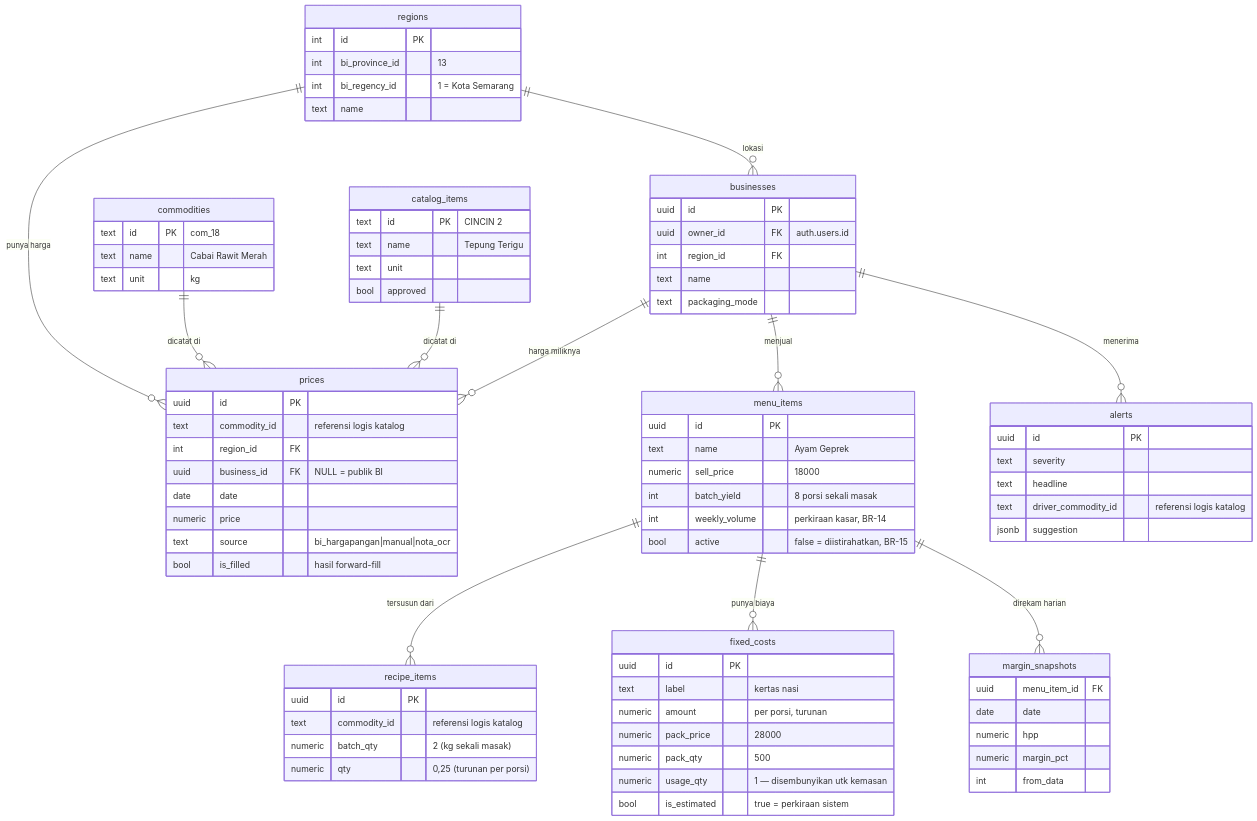
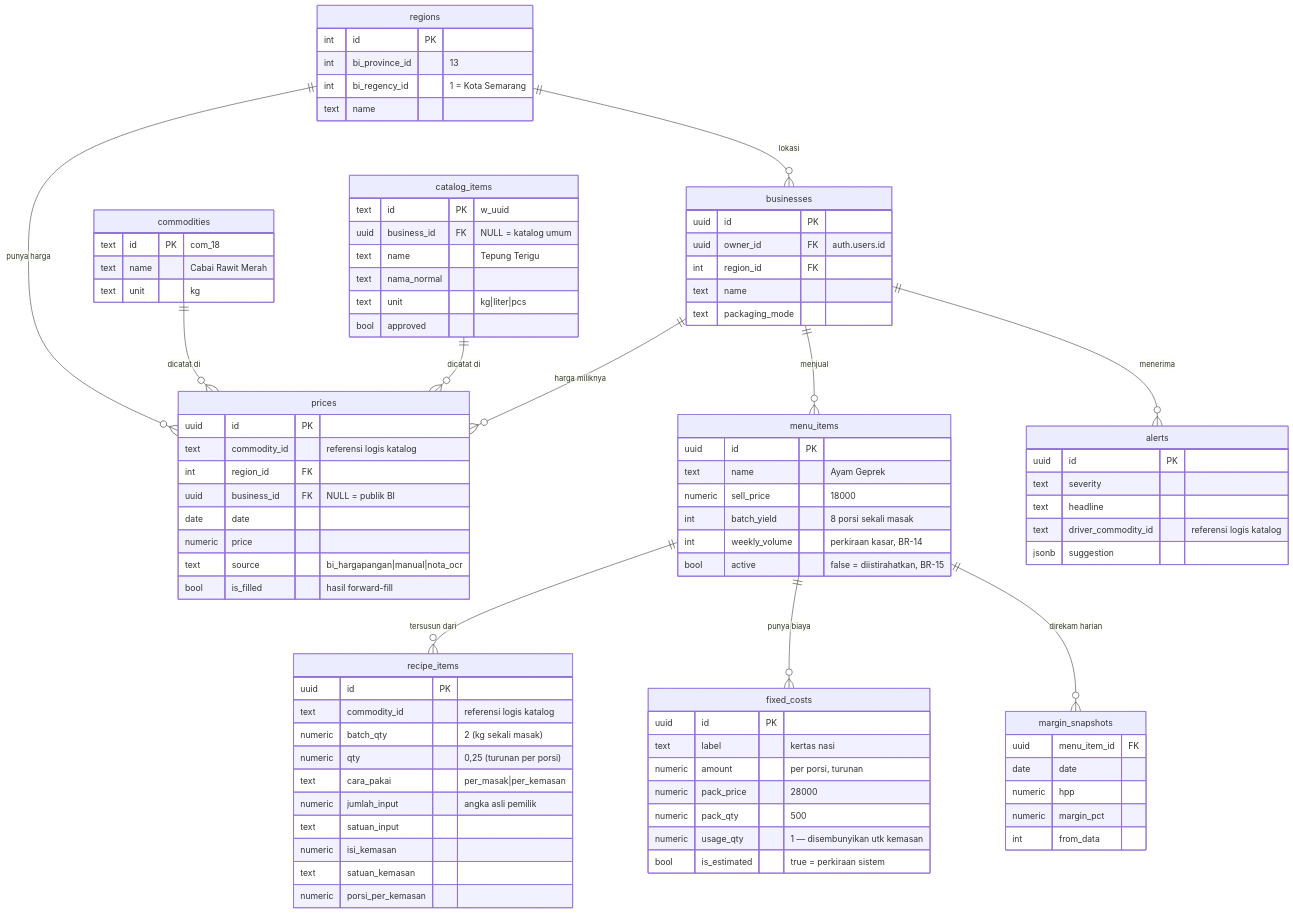
One commit to ZoeMohamed/Exasti changed the diagram in docs/02-ARCHITECTURE.md. Above: the diagram before and after it, drawn with Mermaid. The commit also changed other lines of this file and 34 other files, not shown here.

```diff
--- a/docs/02-ARCHITECTURE.md
+++ b/docs/02-ARCHITECTURE.md
@@ -98,9 +98,11 @@
         text unit "kg"
     }
     catalog_items {
-        text id PK "CINCIN 2"
+        text id PK "w_uuid"
+        uuid business_id FK "NULL = katalog umum"
         text name "Tepung Terigu"
-        text unit
+        text nama_normal
+        text unit "kg|liter|pcs"
         bool approved
     }
     regions {
@@ -139,6 +141,12 @@
         text    commodity_id "referensi logis katalog"
         numeric batch_qty "2 (kg sekali masak)"
         numeric qty "0,25 (turunan per porsi)"
+        text    cara_pakai "per_masak|per_kemasan"
+        numeric jumlah_input "angka asli pemilik"
+        text    satuan_input
+        numeric isi_kemasan
+        text    satuan_kemasan
+        numeric porsi_per_kemasan
     }
     fixed_costs {
         uuid    id PK
```
